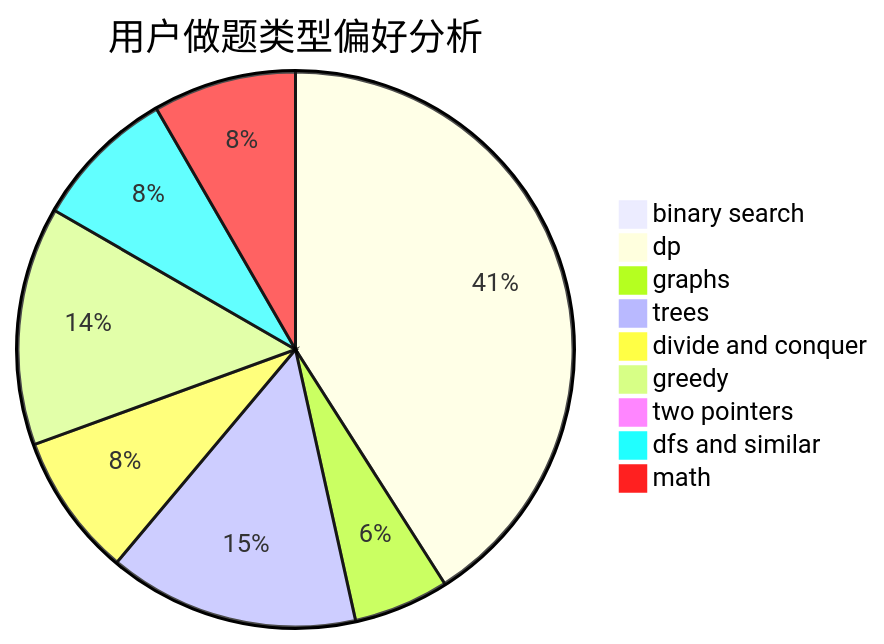
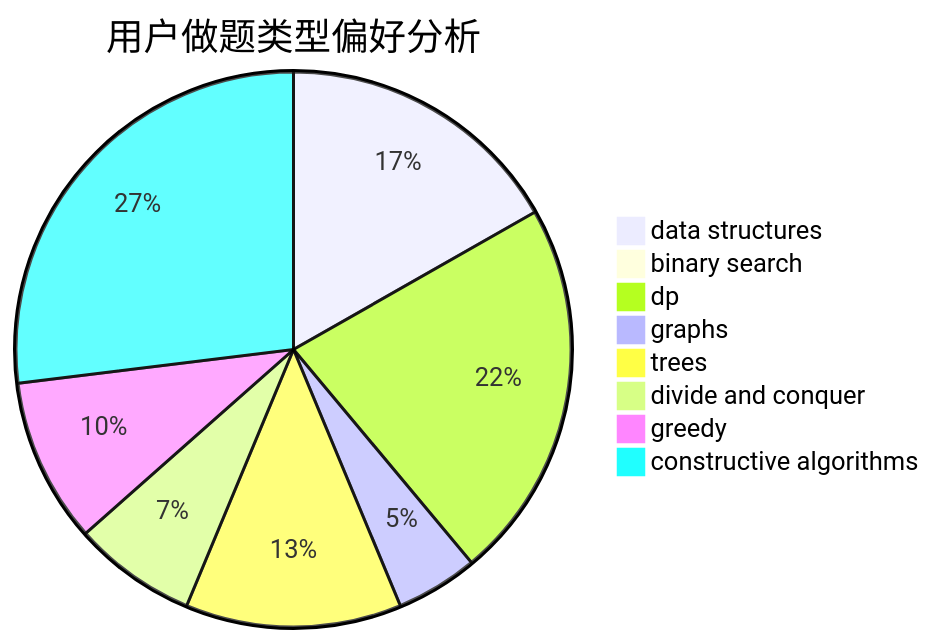
Before and after one commit to sherpahu/cfrs.github.io: the second of 3 diagrams in docs/user/u844.md, drawn with Mermaid. The commit also changed other lines of this file and 2775 other files, not shown here.

````diff
--- a/docs/user/u844.md
+++ b/docs/user/u844.md
@@ -23,12 +23,11 @@
 ```mermaid
 pie title 用户做题类型偏好分析
+    "data structures" :  28
     "binary search" :  0
-    "dp" :  59
+    "dp" :  37
     "graphs" :  8
     "trees" :  21
     "divide and conquer" :  12
-    "greedy" :  20
-    "two pointers" :  0
-    "dfs and similar" :  12
-    "math" :  12
+    "greedy" :  16
+    "constructive algorithms" :  45
 ```
````
